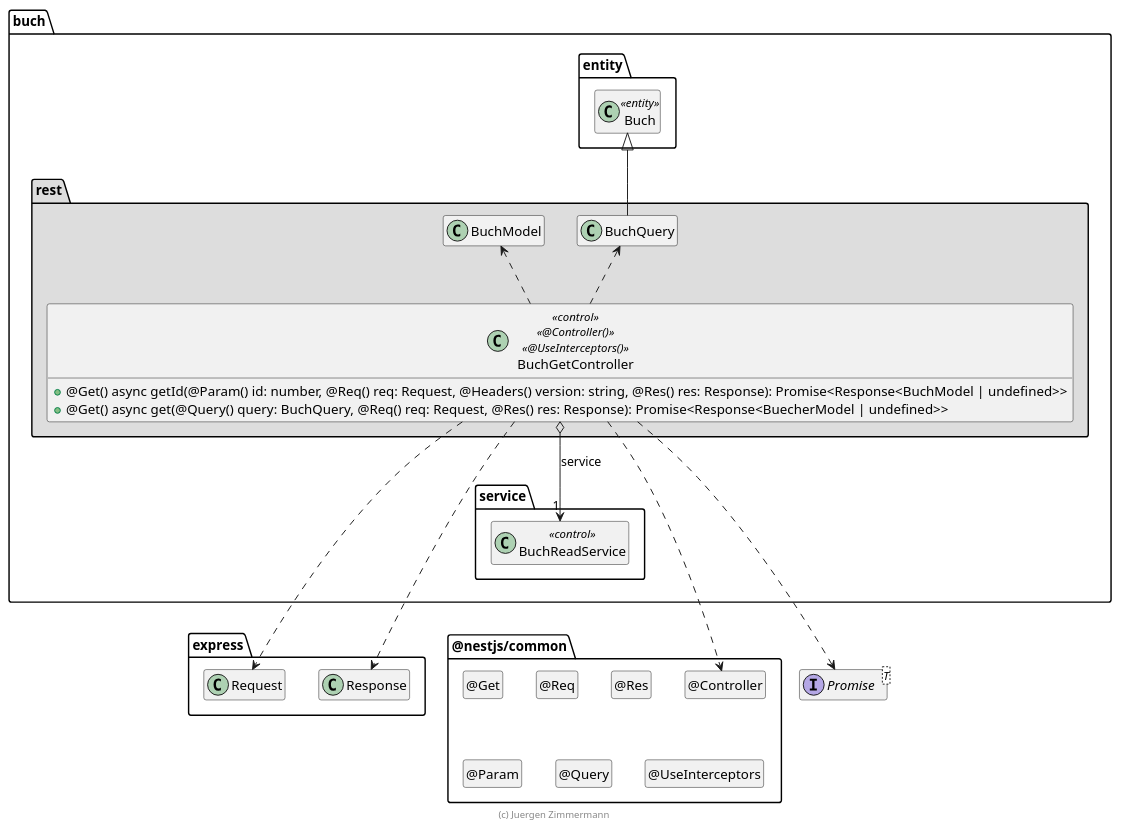
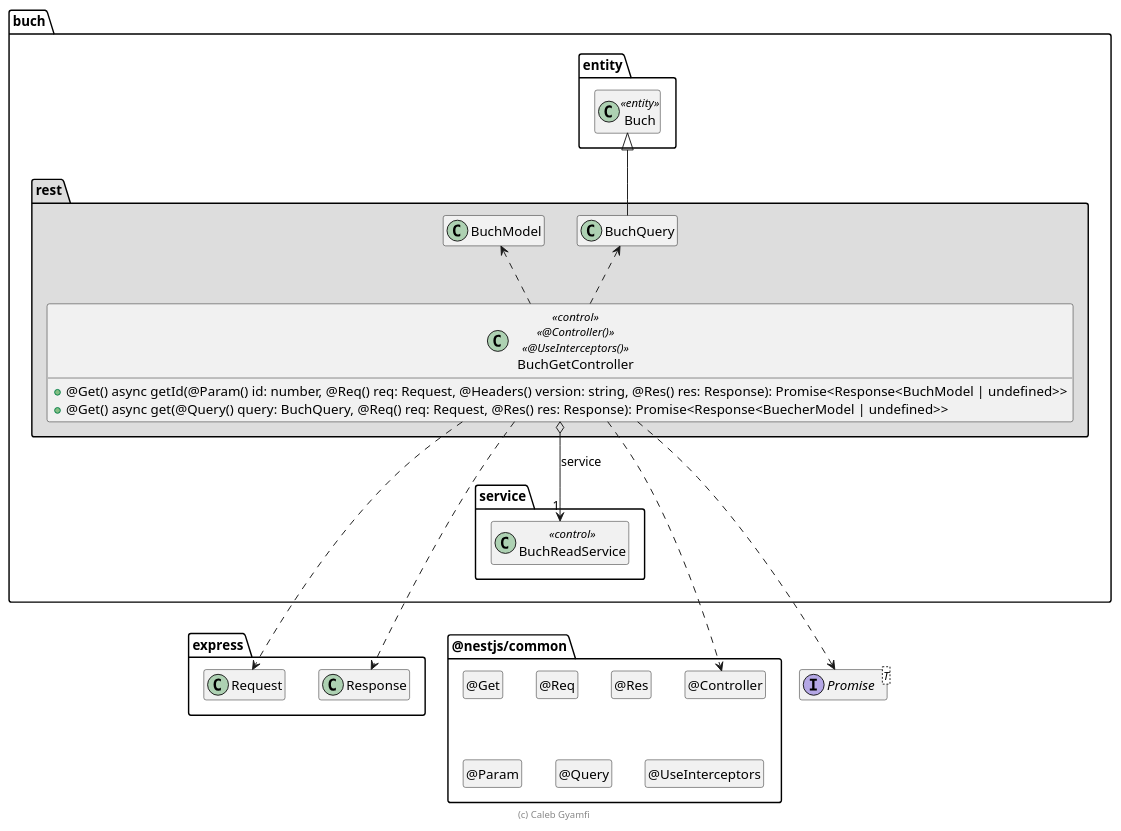
Before and after one commit to Caleb-Script/buch-verwaltung: the diagram in backend/.extras/doc/projekthandbuch/BuchGetController.plantuml, drawn with PlantUML. The commit also changed other lines of this file and 152 other files, not shown here.

```diff
--- a/backend/.extras/doc/projekthandbuch/BuchGetController.plantuml
+++ b/backend/.extras/doc/projekthandbuch/BuchGetController.plantuml
@@ -18,74 +18,74 @@
 @startuml Controller-Klasse
 
 interface Promise<T>
 
 package @nestjs/common {
   class "@Controller" as Controller
   hide Controller circle
 
   class "@Get" as Get
   hide Get circle
 
   class "@Req" as Req
   hide Req circle
 
   class "@Res" as Res
   hide Res circle
 
   class "@Param" as Param
   hide Param circle
 
   class "@Query" as Query
   hide Query circle
 
   class "@UseInterceptors" as UseInterceptors
   hide UseInterceptors circle
 }
 
 package express {
   class Request
   class Response
 
   Response .[hidden].> Controller
 }
 
 package buch {
   package entity #FFFFFF {
     class Buch <<entity>>
 
     Buch .[hidden].> Promise
     Buch .[hidden].> Request
   }
 
   package service {
     class BuchReadService << control >>
   }
 
   package rest #DDDDDD {
     BuchQuery -up-|> Buch
 
     class BuchGetController << control >> << @Controller() >> << @UseInterceptors() >> {
       + @Get() async getId(@Param() id: number, @Req() req: Request, @Headers() version: string, @Res() res: Response): Promise<Response<BuchModel | undefined>>
       + @Get() async get(@Query() query: BuchQuery, @Req() req: Request,  @Res() res: Response): Promise<Response<BuecherModel | undefined>>
     }
 
     BuchGetController o--> "1" BuchReadService : service
 
     BuchGetController ..> Controller
     BuchGetController ..> Request
     BuchGetController ..> Response
     BuchGetController ..> Promise
     BuchGetController .up.> BuchModel
     BuchGetController .up.> BuchQuery
 
     BuchReadService .[hidden].> Request
     BuchReadService .[hidden].> Promise
     Response .right[hidden].> Controller
   }
 }
 
 hide empty members
 
-footer (c) Juergen Zimmermann
+footer (c) Caleb Gyamfi
 
 @enduml
```
